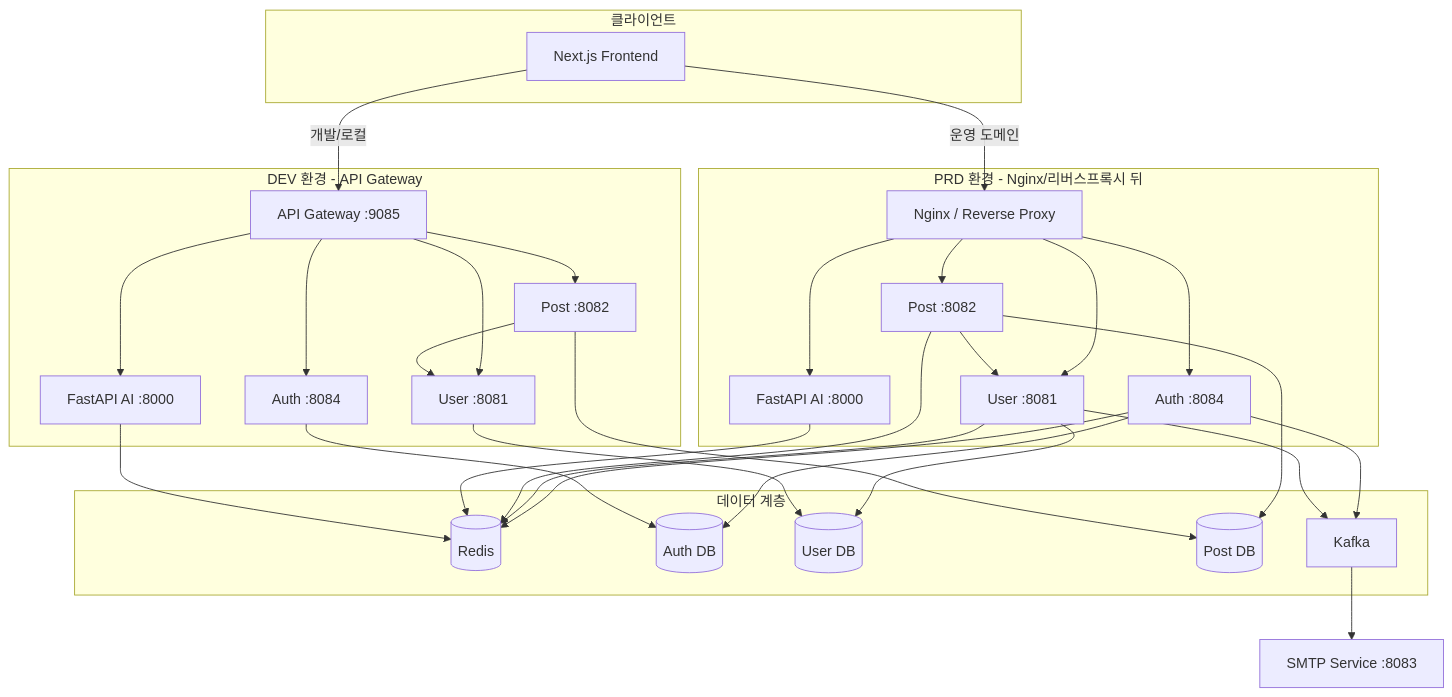
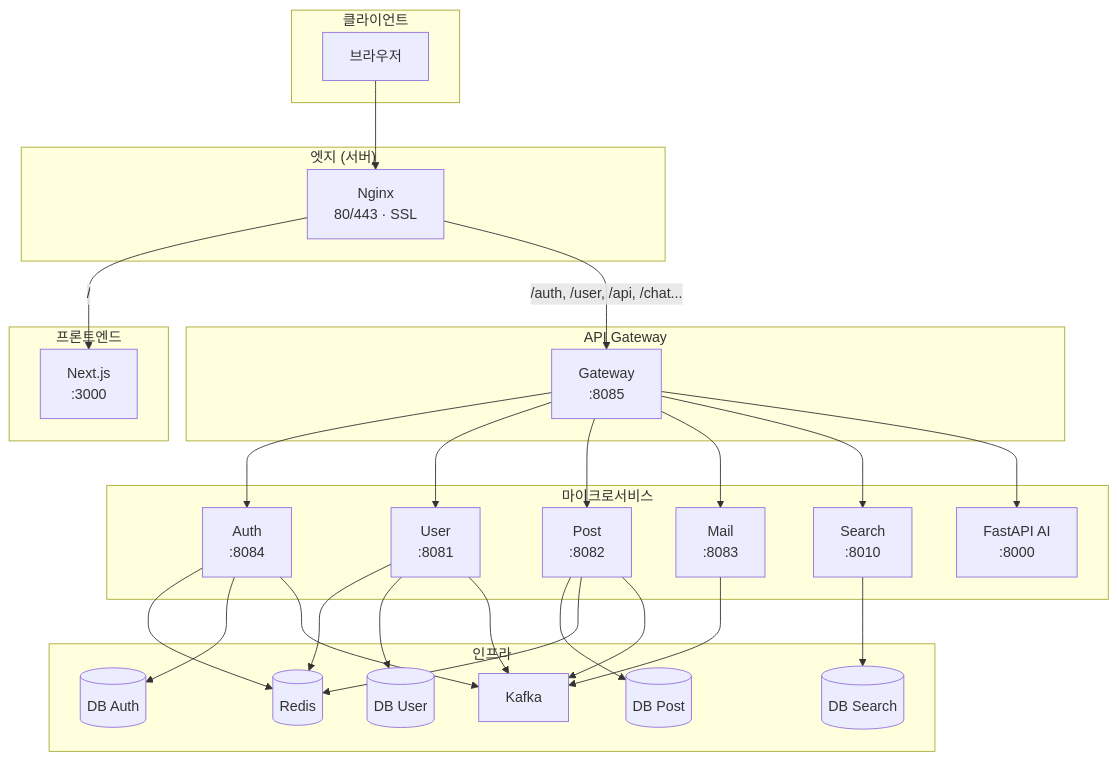
Before and after one commit to MinKyeom/MSA_Project: the first of 3 diagrams in README.md, drawn with Mermaid. The commit also changed other lines of this file and 1 other file, not shown here.

Commit message:
Update Readme.md and API Spec

````diff
--- a/README.md
+++ b/README.md
@@ -85,51 +60,57 @@
 ```mermaid
 flowchart TB
     subgraph Client["클라이언트"]
-        FE[Next.js Frontend]
+        Browser[브라우저]
     end
 
-    subgraph PRD["PRD 환경 - Nginx/리버스프록시 뒤"]
-        NGINX[Nginx / Reverse Proxy]
-        NGINX --> A_PRD[Auth :8084]
-        NGINX --> U_PRD[User :8081]
-        NGINX --> P_PRD[Post :8082]
-        NGINX --> AI_PRD[FastAPI AI :8000]
+    subgraph Edge["엣지 (서버)"]
+        Nginx[Nginx\n80/443 · SSL]
     end
 
-    subgraph DEV["DEV 환경 - API Gateway"]
-        GW[API Gateway :9085]
-        GW --> A_DEV[Auth :8084]
-        GW --> U_DEV[User :8081]
-        GW --> P_DEV[Post :8082]
-        GW --> AI_DEV[FastAPI AI :8000]
+    subgraph Front["프론트엔드"]
+        Next[Next.js\n:3000]
     end
 
-    FE -->|운영 도메인| NGINX
-    FE -->|개발/로컬| GW
-
-    subgraph Data["데이터 계층"]
-        Redis[(Redis)]
-        DB_A[(Auth DB)]
-        DB_U[(User DB)]
-        DB_P[(Post DB)]
-        KAFKA[Kafka]
+    subgraph Gateway["API Gateway"]
+        GW[Gateway\n:8085]
     end
 
-    A_PRD --> DB_A
-    A_PRD --> Redis
-    A_PRD --> KAFKA
-    U_PRD --> DB_U
-    U_PRD --> Redis
-    U_PRD --> KAFKA
-    P_PRD --> DB_P
-    P_PRD --> Redis
-    P_PRD --> U_PRD
-    AI_PRD --> Redis
+    subgraph Backend["마이크로서비스"]
+        Auth[Auth\n:8084]
+        User[User\n:8081]
+        Post[Post\n:8082]
+        Mail[Mail\n:8083]
+        Search[Search\n:8010]
+        AI[FastAPI AI\n:8000]
+    end
 
-    A_DEV --> DB_A
-    U_DEV --> DB_U
-    P_DEV --> DB_P
-    P_DEV --> U_DEV
-    AI_DEV --> Redis
-    KAFKA --> SMTP[SMTP Service :8083]
+    subgraph Infra["인프라"]
+        Redis[(Redis)]
+        Kafka[Kafka]
+        DBA[(DB Auth)]
+        DBU[(DB User)]
+        DBP[(DB Post)]
+        DBS[(DB Search)]
+    end
+
+    Browser --> Nginx
+    Nginx -->|"/"| Next
+    Nginx -->|"/auth, /user, /api, /chat..."| GW
+    GW --> Auth
+    GW --> User
+    GW --> Post
+    GW --> Mail
+    GW --> Search
+    GW --> AI
+    Auth --> Redis
+    Auth --> DBA
+    User --> Redis
+    User --> DBU
+    Post --> DBP
+    Post --> Redis
+    Search --> DBS
+    Auth --> Kafka
+    User --> Kafka
+    Post --> Kafka
+    Mail --> Kafka
 ```
````
